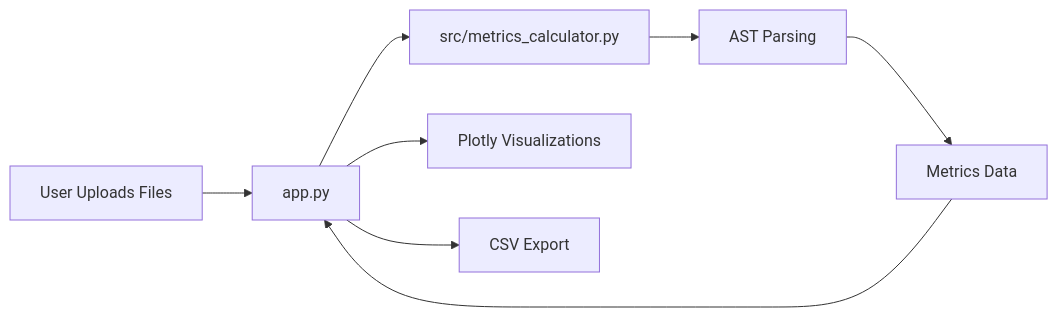
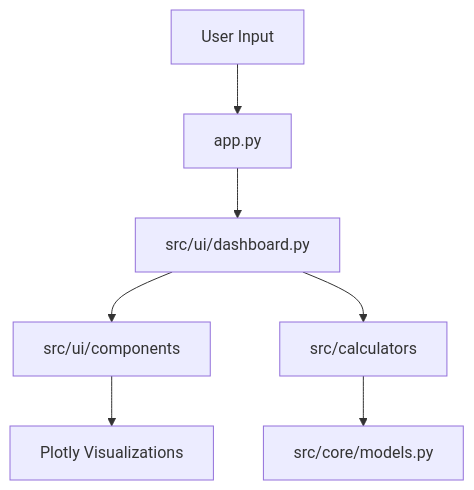
Before and after one commit to AhmadHassan-BTed/CoDiver_Code-Sniffer-and-Project-Analyzer: the diagram in docs/architecture.md, drawn with Mermaid. The commit also changed other lines of this file and 14 other files, not shown here.

Commit message:
refacotred the architecture

````diff
--- a/docs/architecture.md
+++ b/docs/architecture.md
@@ -37,10 +27,9 @@
 ```mermaid
-graph LR
-    A[User Uploads Files] --> B[app.py]
-    B --> C[src/metrics_calculator.py]
-    C --> D[AST Parsing]
-    D --> E[Metrics Data]
-    E --> B
-    B --> F[Plotly Visualizations]
-    B --> G[CSV Export]
+graph TD
+    A[User Input] --> B[app.py]
+    B --> C[src/ui/dashboard.py]
+    C --> D[src/ui/components]
+    C --> E[src/calculators]
+    E --> F[src/core/models.py]
+    D --> G[Plotly Visualizations]
 ```
````
